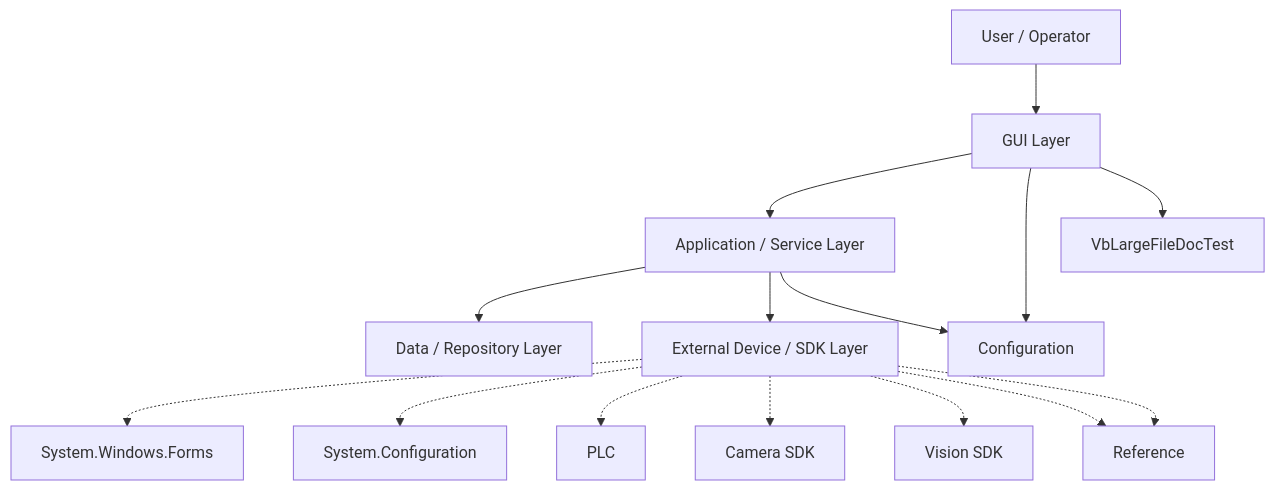
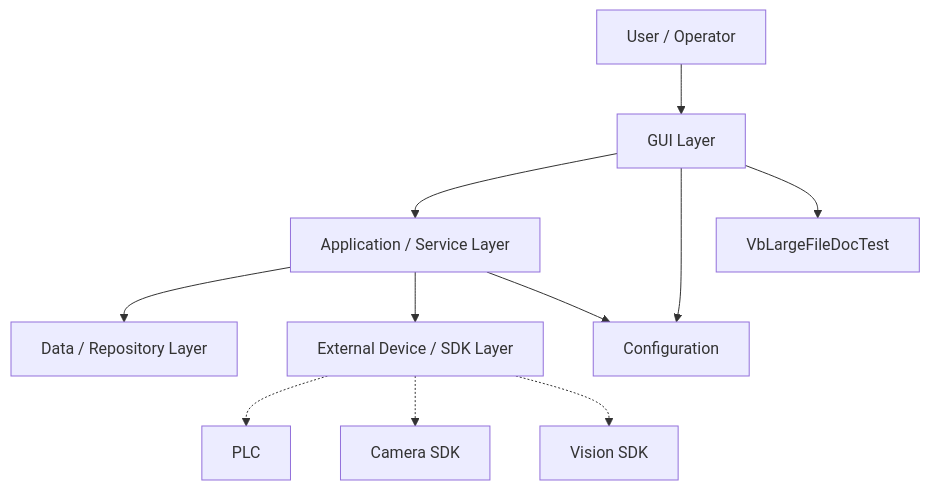
One commit to SakiKiaya/skills changed the first of 2 diagrams in dotnet-gui-handover-skills/examples/vbnet-large-file-doc-test/docs/02_architecture.md. Above: the diagram before and after it, drawn with Mermaid. The commit also changed 280 other files, not shown here.

````diff
--- a/dotnet-gui-handover-skills/examples/vbnet-large-file-doc-test/docs/02_architecture.md
+++ b/dotnet-gui-handover-skills/examples/vbnet-large-file-doc-test/docs/02_architecture.md
@@ -5,23 +5,19 @@
 ```mermaid
 graph TD
   User["User / Operator"]
   UI["GUI Layer"]
   Logic["Application / Service Layer"]
   Data["Data / Repository Layer"]
   Device["External Device / SDK Layer"]
   Config["Configuration"]
   User --> UI
   UI --> Logic
   Logic --> Data
   Logic --> Device
   UI --> Config
   Logic --> Config
   UI --> P_VbLargeFileDocTest["VbLargeFileDocTest"]
-  Device -.-> D_System_Windows_Forms["System.Windows.Forms"]
-  Device -.-> D_System_Configuration["System.Configuration"]
   Device -.-> D_PLC["PLC"]
   Device -.-> D_Camera_SDK["Camera SDK"]
   Device -.-> D_Vision_SDK["Vision SDK"]
-  Device -.-> D_Reference["Reference"]
-  Device -.-> D_Reference["Reference"]
 ```
````
